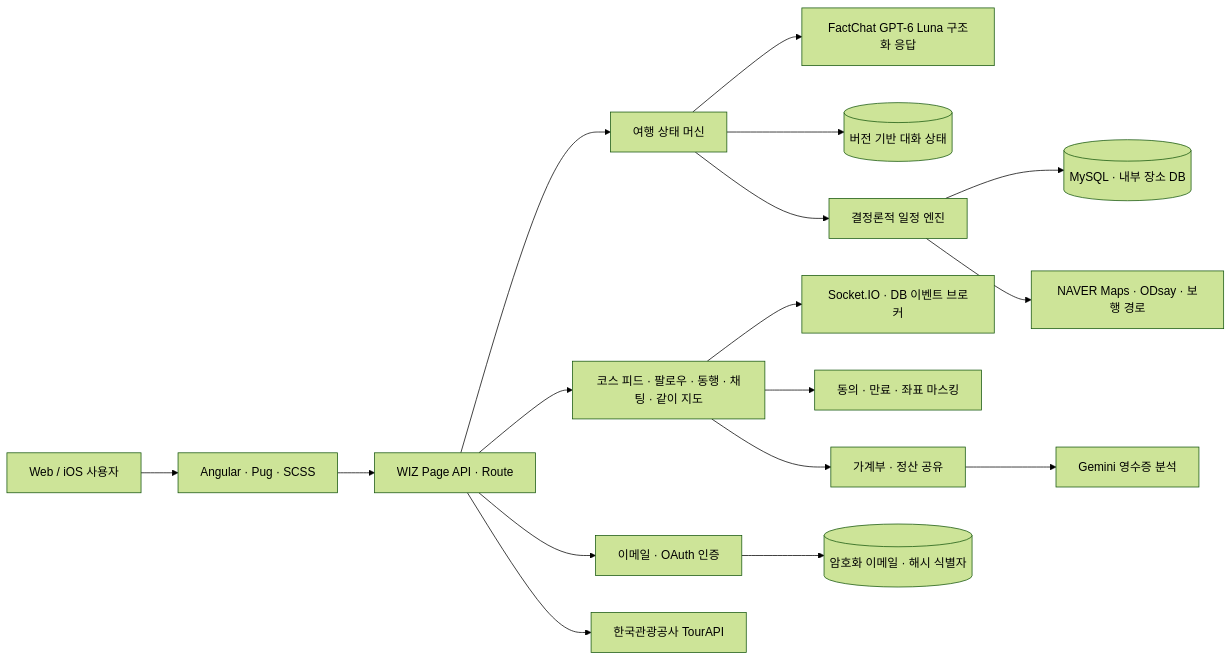
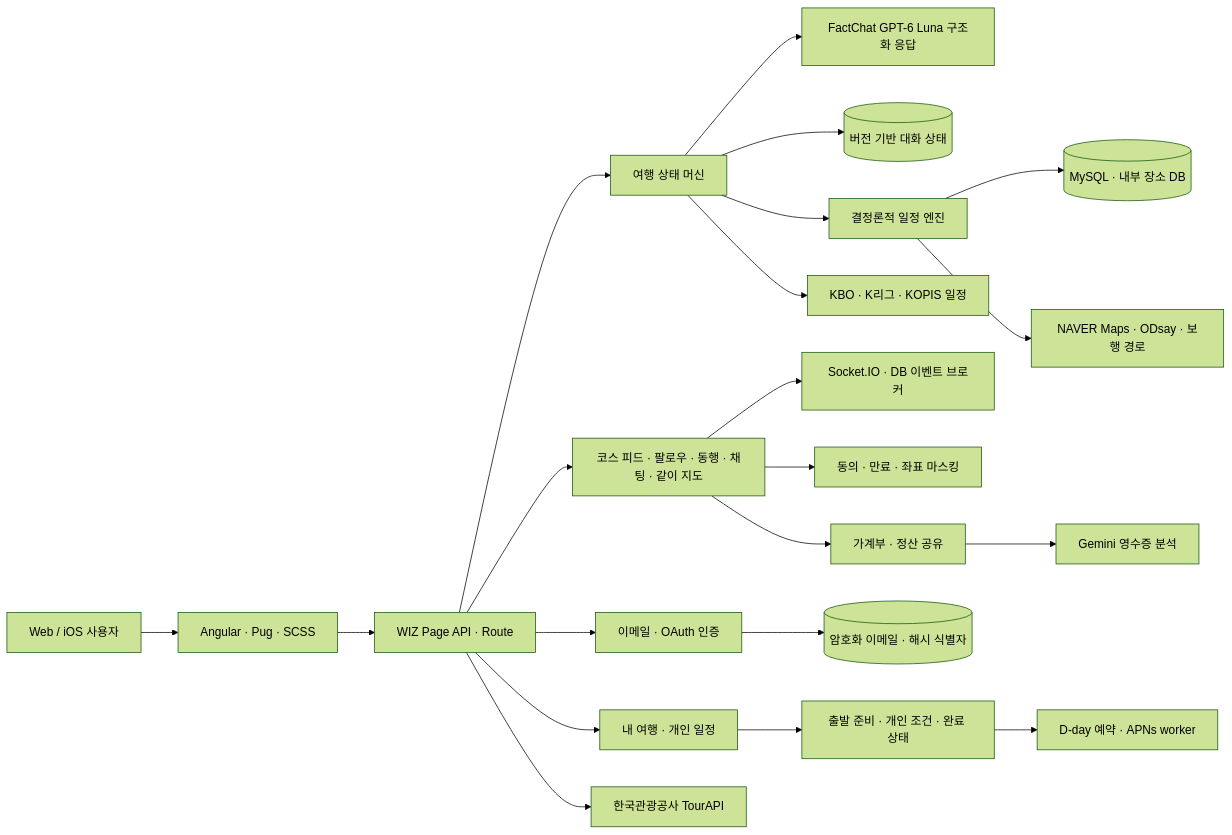
One commit to xericen/GACHI changed the first of 2 diagrams in README.md. Above: the diagram before and after it, drawn with Mermaid (forest theme). The commit also changed other lines of this file, not shown here.

````diff
--- a/README.md
+++ b/README.md
@@ -187,19 +222,23 @@
 ```mermaid
 flowchart LR
     U[Web / iOS 사용자] --> UI[Angular · Pug · SCSS]
     UI --> API[WIZ Page API · Route]
     API --> STATE[여행 상태 머신]
     API --> SOCIAL[코스 피드 · 팔로우 · 동행 · 채팅 · 같이 지도]
     API --> AUTH[이메일 · OAuth 인증]
+    API --> TRIP[내 여행 · 개인 일정]
+    TRIP --> PREP[출발 준비 · 개인 조건 · 완료 상태]
+    PREP --> PUSH[D-day 예약 · APNs worker]
     STATE --> AI[FactChat GPT-6 Luna 구조화 응답]
     STATE --> THREAD[(버전 기반 대화 상태)]
     STATE --> ENGINE[결정론적 일정 엔진]
+    STATE --> EVENT[KBO · K리그 · KOPIS 일정]
     ENGINE --> DB[(MySQL · 내부 장소 DB)]
     ENGINE --> MAP[NAVER Maps · ODsay · 보행 경로]
     SOCIAL --> SOCKET[Socket.IO · DB 이벤트 브로커]
     SOCIAL --> SAFETY[동의 · 만료 · 좌표 마스킹]
     SOCIAL --> LEDGER[가계부 · 정산 공유]
     LEDGER --> VISION[Gemini 영수증 분석]
     AUTH --> ID[(암호화 이메일 · 해시 식별자)]
     API --> TOUR[한국관광공사 TourAPI]
 ```
````
